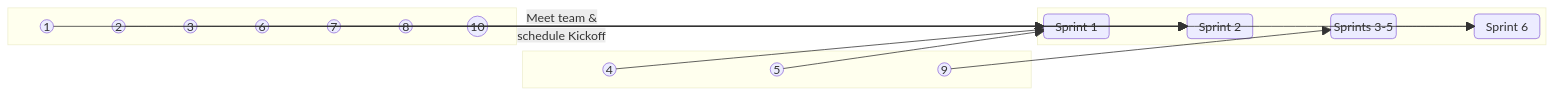
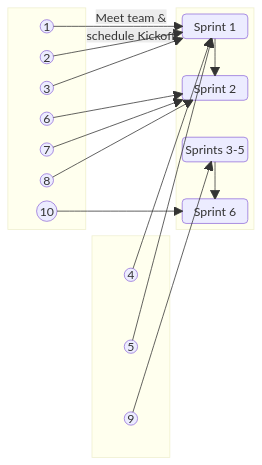
The diagram in README.md (jdmedlock/mermaid_testing), drawn with Mermaid before and after one commit.

Commit message:
Feature: Recreate linear sprint diagram

````diff
--- a/README.md
+++ b/README.md
@@ -4,43 +4,46 @@
 ```mermaid
   block-beta
     columns 3
-    block:ANNOTATIONSTOP:1
+    block:LEFT
+      columns 1
       A1(("1"))
       A2(("2"))
       A3(("3"))
       A6(("6"))
       A7(("7"))
       A8(("8"))
       A10(("10"))
     end
     space
-    block:SPRINTS:1
+    block:CENTER
+      columns 1
       SPRINT1("Sprint 1")
       space
       SPRINT2("Sprint 2")
       space
       SPRINT35("Sprints 3-5")
       space
       SPRINT6("Sprint 6")
     end
     space
-    block:ANNOTATIONSBOTTOM:1
+    block:RIGHT
+      columns 1
       A4(("4"))
       A5(("5"))
       A9(("9"))
     end
 
     SPRINT1 --> SPRINT2
     SPRINT35 --> SPRINT6
 
     A1 -- "Meet team &</br>schedule Kickoff" --> SPRINT1
     A2 ----> SPRINT1
     A3 ----> SPRINT1
     A4 ----> SPRINT1
     A5 ----> SPRINT1
     A6 ----> SPRINT2
     A7 ----> SPRINT2
     A8 ----> SPRINT2
     A9 ----> SPRINT35
     A10 ----> SPRINT6
 ```
````
